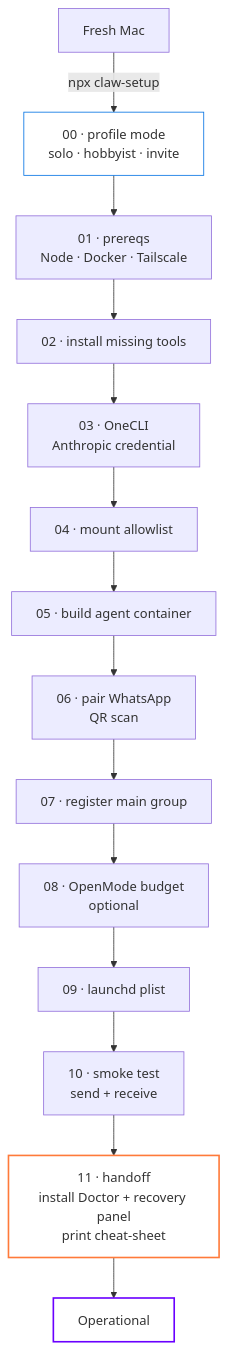
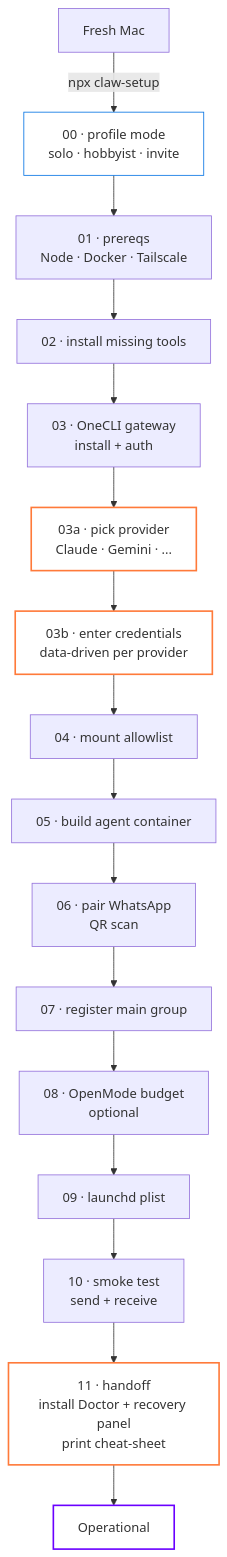
Before and after one commit to donkruger/factotem: the fourth of 4 diagrams in README.md, drawn with Mermaid. The commit also changed other lines of this file and 97 other files, not shown here.

````diff
--- a/README.md
+++ b/README.md
@@ -219,20 +348,24 @@
 ```mermaid
 flowchart TD
     A[Fresh Mac] -->|npx claw-setup| B[00 · profile mode<br/>solo · hobbyist · invite]
     B --> C[01 · prereqs<br/>Node · Docker · Tailscale]
     C --> D[02 · install missing tools]
-    D --> E[03 · OneCLI<br/>Anthropic credential]
-    E --> F[04 · mount allowlist]
+    D --> E[03 · OneCLI gateway<br/>install + auth]
+    E --> E2[03a · pick provider<br/>Claude · Gemini · ...]
+    E2 --> E3[03b · enter credentials<br/>data-driven per provider]
+    E3 --> F[04 · mount allowlist]
     F --> G[05 · build agent container]
     G --> H[06 · pair WhatsApp<br/>QR scan]
     H --> I[07 · register main group]
     I --> J[08 · OpenMode budget<br/>optional]
     J --> K[09 · launchd plist]
     K --> L[10 · smoke test<br/>send + receive]
     L --> M[11 · handoff<br/>install Doctor + recovery panel<br/>print cheat-sheet]
     M --> N[Operational]
 
     style B fill:#fff,stroke:#0071e3
+    style E2 fill:#fff,stroke:#ff7a3a,stroke-width:2px
+    style E3 fill:#fff,stroke:#ff7a3a,stroke-width:2px
     style M fill:#fff,stroke:#ff7a3a,stroke-width:2px
     style N fill:#fff,stroke:#6a00ff,stroke-width:2px
 ```
````
